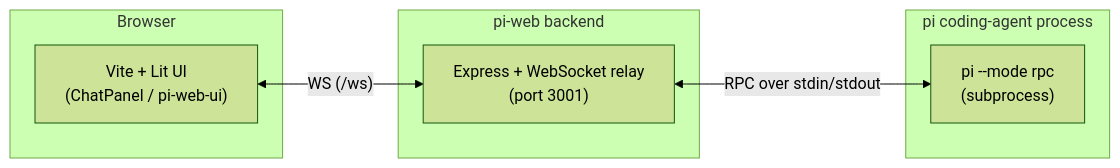
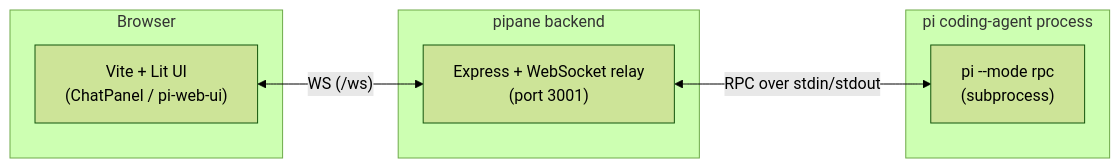
Before and after one commit to mike-heunher/pipane: the diagram in README.md, drawn with Mermaid (forest theme). The commit also changed other lines of this file and 33 other files, not shown here.

First line of the commit message:
rename pi-web to pipane

````diff
--- a/README.md
+++ b/README.md
@@ -150,17 +150,17 @@
 ```mermaid
 flowchart LR
   subgraph Browser["Browser"]
     UI["Vite + Lit UI<br/>(ChatPanel / pi-web-ui)"]
   end
 
-  subgraph Server["pi-web backend"]
+  subgraph Server["pipane backend"]
     WS["Express + WebSocket relay<br/>(port 3001)"]
   end
 
   subgraph Agent["pi coding-agent process"]
     PI["pi --mode rpc<br/>(subprocess)"]
   end
 
   UI <-->|"WS (/ws)"| WS
   WS <-->|"RPC over stdin/stdout"| PI
 ```
````
